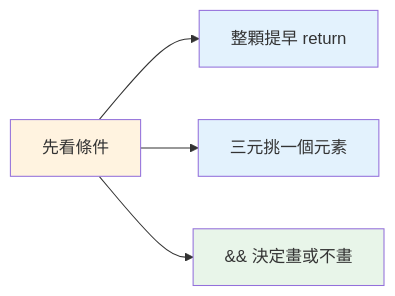
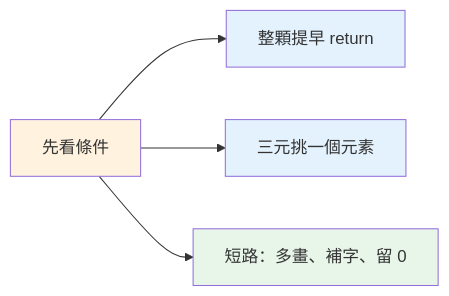
Before and after one commit to summer10920/summer10920.github.io: the second of 3 diagrams in source/_posts/lokiTech-15day-09-react-basics.md, drawn with Mermaid. The commit also changed other lines of this file and 2 other files, not shown here.

```diff
--- a/source/_posts/lokiTech-15day-09-react-basics.md
+++ b/source/_posts/lokiTech-15day-09-react-basics.md
@@ -1420,9 +1487,9 @@
 {% mermaid graph LR %}
   checkNode["先看條件"] --> earlyNode["整顆提早 return"]
   checkNode --> ternNode["三元挑一個元素"]
-  checkNode --> andNode["&& 決定畫或不畫"]
+  checkNode --> logicNode["短路：多畫、補字、留 0"]
   style checkNode fill:#fff3e0
   style earlyNode fill:#e3f2fd
   style ternNode fill:#e3f2fd
-  style andNode fill:#e8f5e9
+  style logicNode fill:#e8f5e9
 {% endmermaid %}
```
